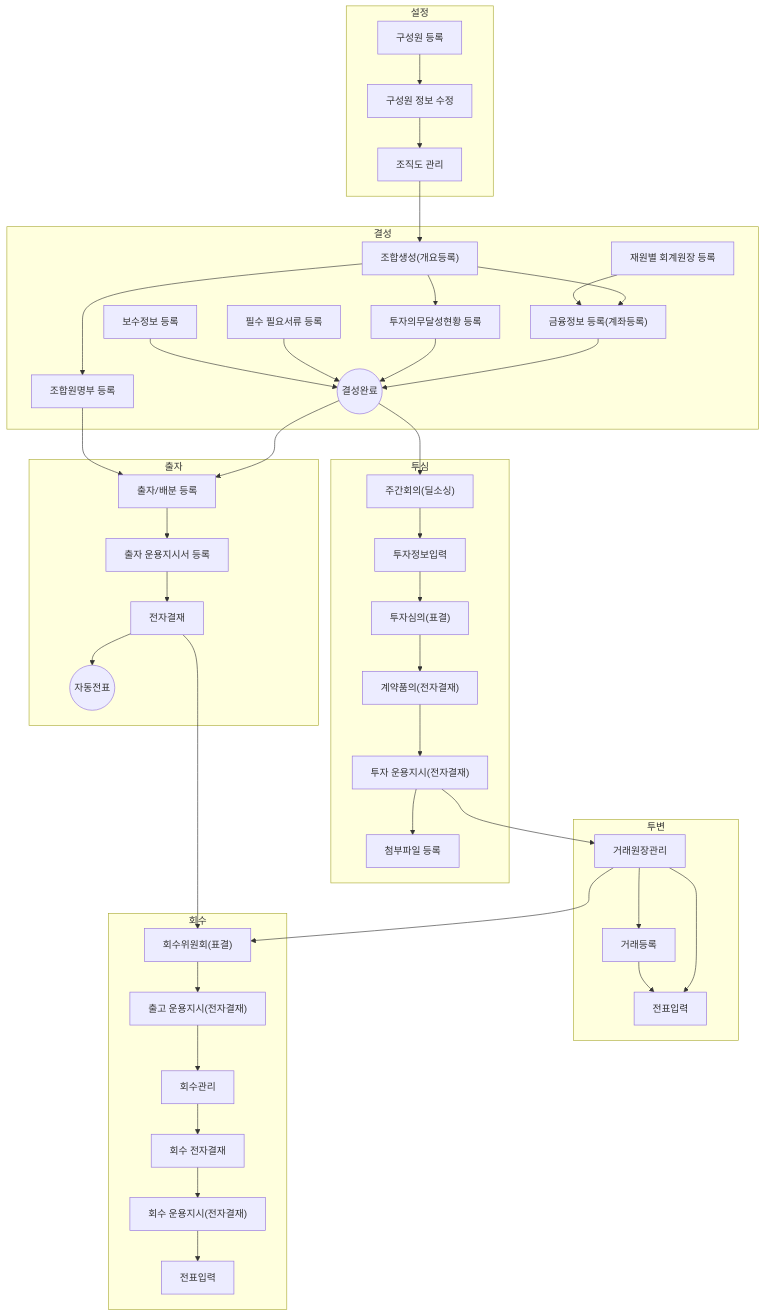
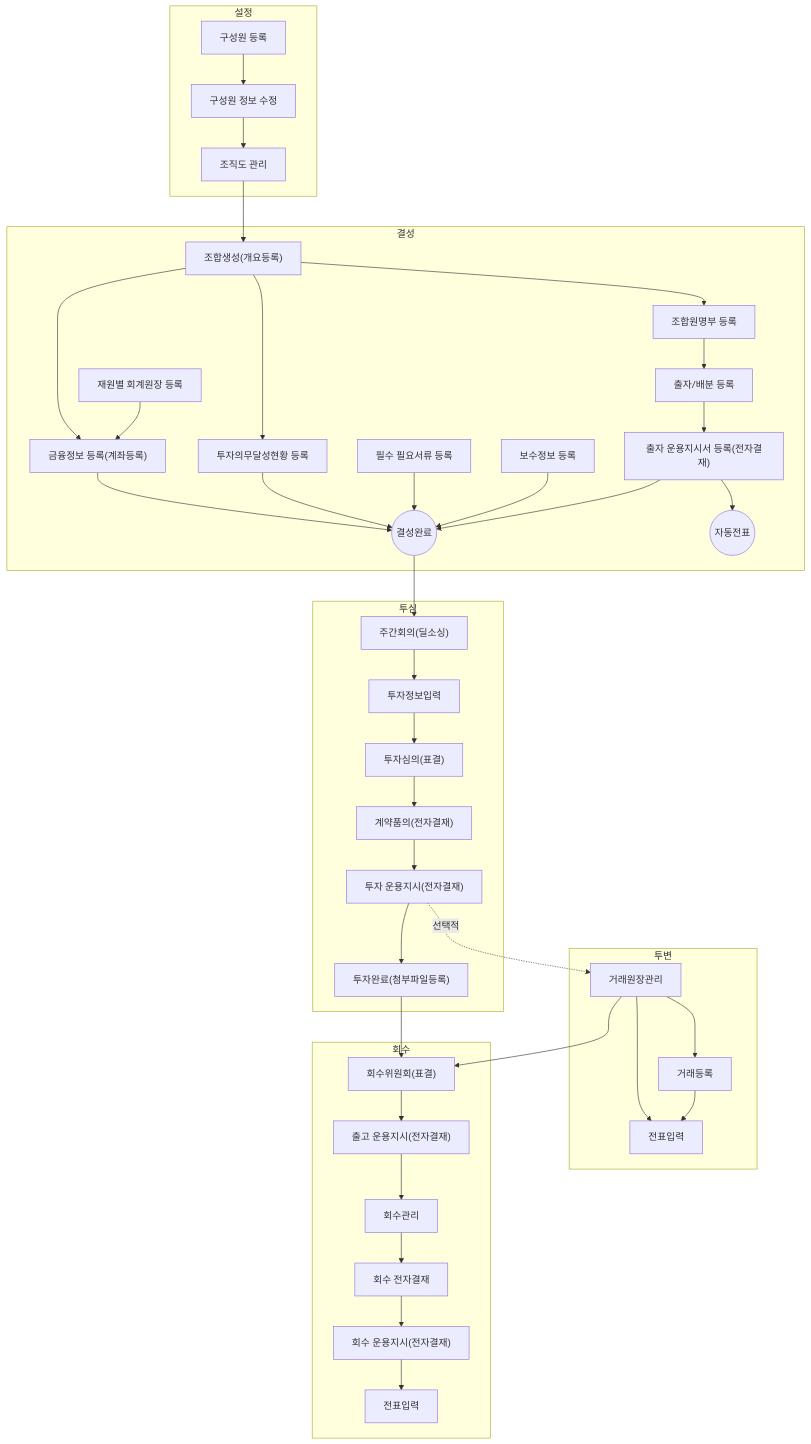
The diagram in _tabs/core.md (cotes2020/jekyll-theme-chirpy), drawn with Mermaid before and after one commit. The commit also changed 2 other files, not shown here.

Commit message:
다이어그램 수정

````diff
--- a/_tabs/core.md
+++ b/_tabs/core.md
@@ -44,19 +44,16 @@
         fd0010-->fd0000
         fd0013-->fd0000
         fd0012-->fd0000
-    end
 
-    subgraph 출자["출자"]
         fd0006["출자/배분 등록"]
-        oi0002["출자 운용지시서 등록"]
-        ed0001["전자결재"]
+        oi0002["출자 운용지시서 등록(전자결재)"]
         fm0001a(("자동전표"))
 
-        fd0000 --> fd0006
+        %% fd0000 --> fd0006
         fd0011 --> fd0006
         fd0006 --> oi0002 
-        oi0002 --> ed0001
-        ed0001 --> fm0001a
+        oi0002 --> fm0001a
+        oi0002 --> fd0000
 
     end
 
@@ -66,7 +63,7 @@
         vs0006["투자심의(표결)"]
         ed0001a["계약품의(전자결재)"]
         oi0003["투자 운용지시(전자결재)"]
-        vs0009["첨부파일 등록"]
+        vs0009["투자완료(첨부파일등록)"]
 
         
         fd0000 --> wr0003
@@ -83,7 +80,7 @@
         pm0004["거래등록"]
         fm0002["전표입력"]
 
-        oi0003 --> pm0001
+        oi0003 -.->|선택적| pm0001
         pm0001 --> fm0002
         pm0001 --> pm0004
         pm0004 --> fm0002
@@ -103,7 +100,7 @@
         ex0007 --> ex0009
         ex0009 --> ex0009a
         ex0009a --> fm0002a
-        ed0001 --> ex0001
+        vs0009 --> ex0001
 
 
     end
@@ -124,9 +121,9 @@
 click fd0012 "{% post_url 2024-07-06-fd0012 %}" " "
 click fd0006 "{% post_url 2024-07-07-fd0006 %}" " "
 click oi0002 "{% post_url 2024-07-07-oi0002 %}" " "
-click ed0001 "{% post_url 2024-07-08-ed0001 %}" " "
 
 %% style fd0001 fill:#e6ffe6,stroke:#66cc66,stroke-width:2px,rx:10,ry:10
 
 
+
 ```
````
